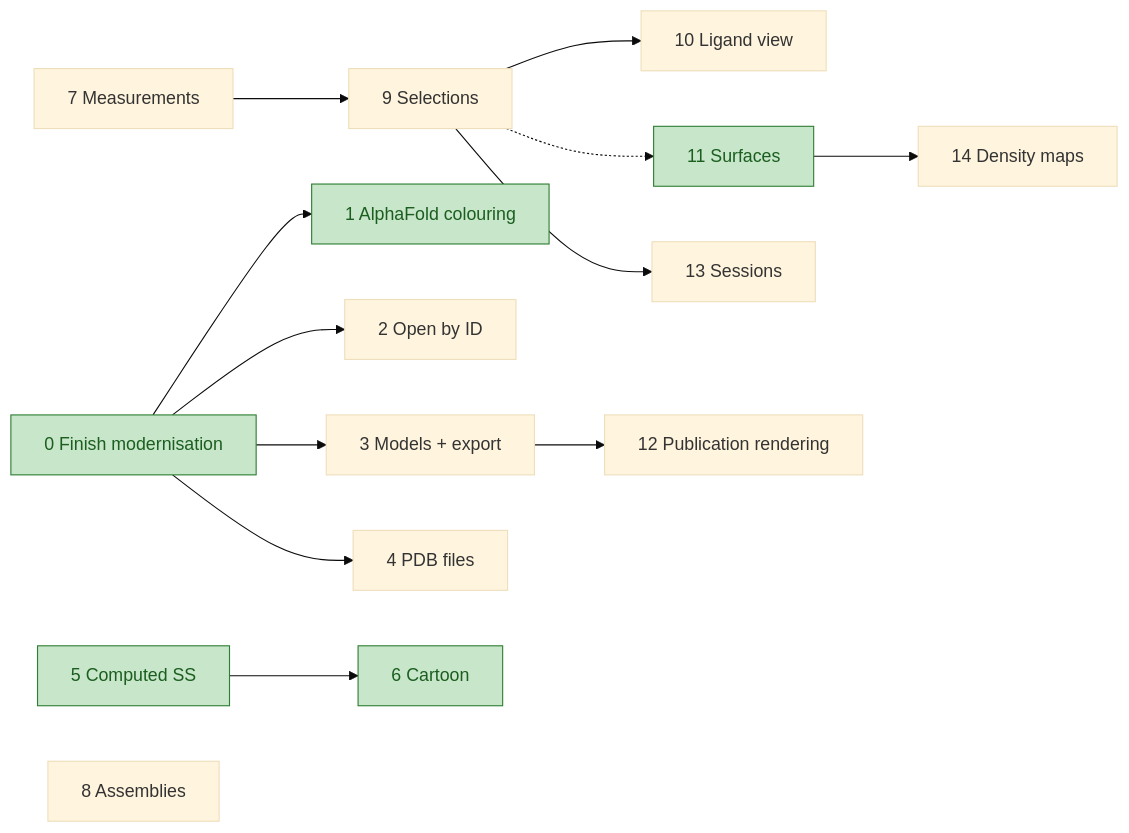
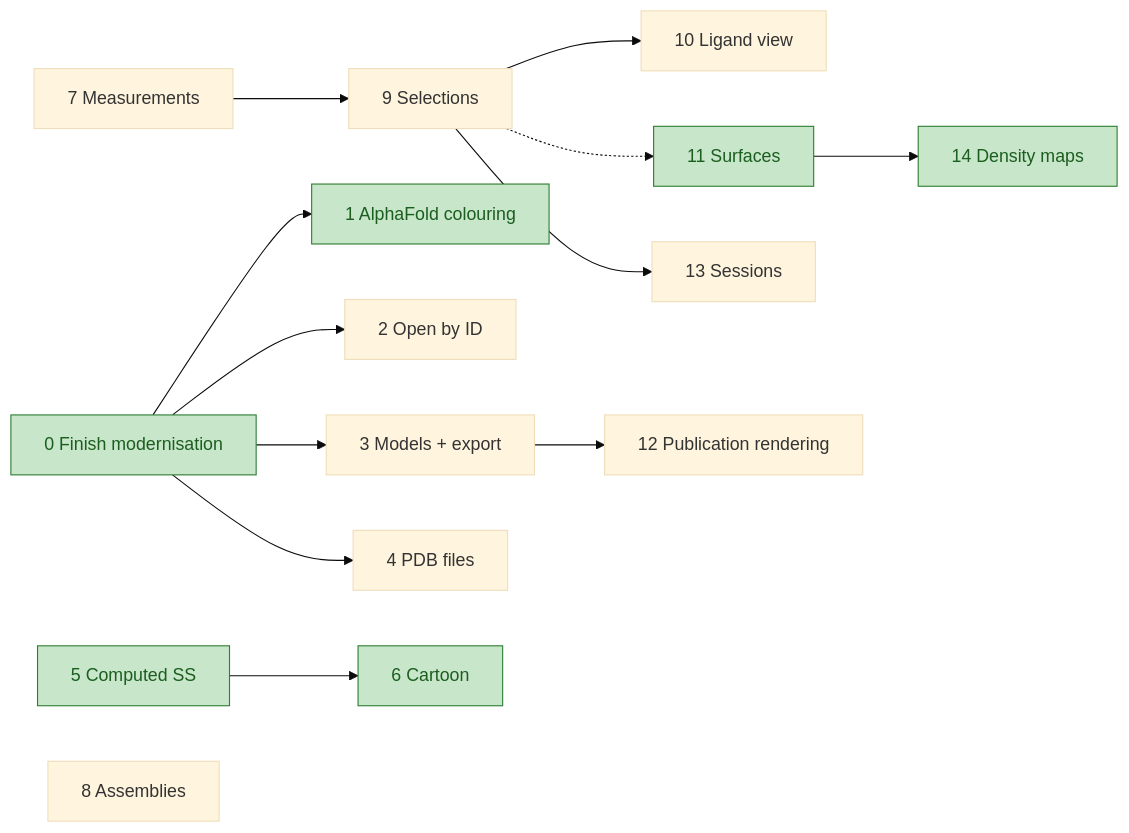
Before and after one commit to PorridgeBear/jmvs: the diagram in docs/roadmap.md, drawn with Mermaid (base theme). The commit also changed other lines of this file and 51 other files, not shown here.

````diff
--- a/docs/roadmap.md
+++ b/docs/roadmap.md
@@ -37,19 +37,19 @@
 ```mermaid
 flowchart LR
     S0[0 Finish modernisation] --> S1[1 AlphaFold colouring]
     S0 --> S2[2 Open by ID]
     S0 --> S3[3 Models + export]
     S0 --> S4[4 PDB files]
     S5[5 Computed SS] --> S6[6 Cartoon]
     S7[7 Measurements] --> S9[9 Selections]
     S9 --> S10[10 Ligand view]
     S9 -.-> S11[11 Surfaces]
     S9 --> S13[13 Sessions]
     S3 --> S12[12 Publication rendering]
     S11 --> S14[14 Density maps]
     S8[8 Assemblies]
 
     classDef done fill:#c8e6c9,stroke:#2e7d32,color:#1b5e20
     classDef inProgress fill:#fff3c4,stroke:#f9a825,color:#5d4000
-    class S0,S1,S5,S6,S11 done
+    class S0,S1,S5,S6,S11,S14 done
 ```
````
